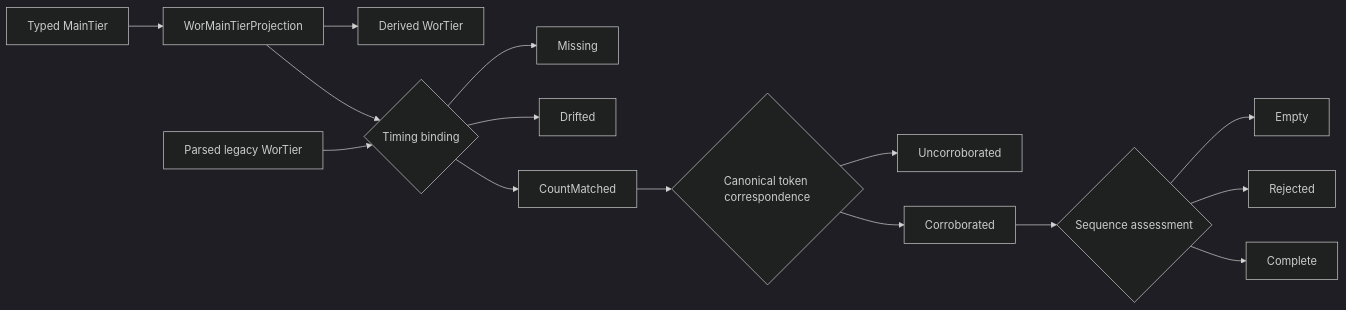
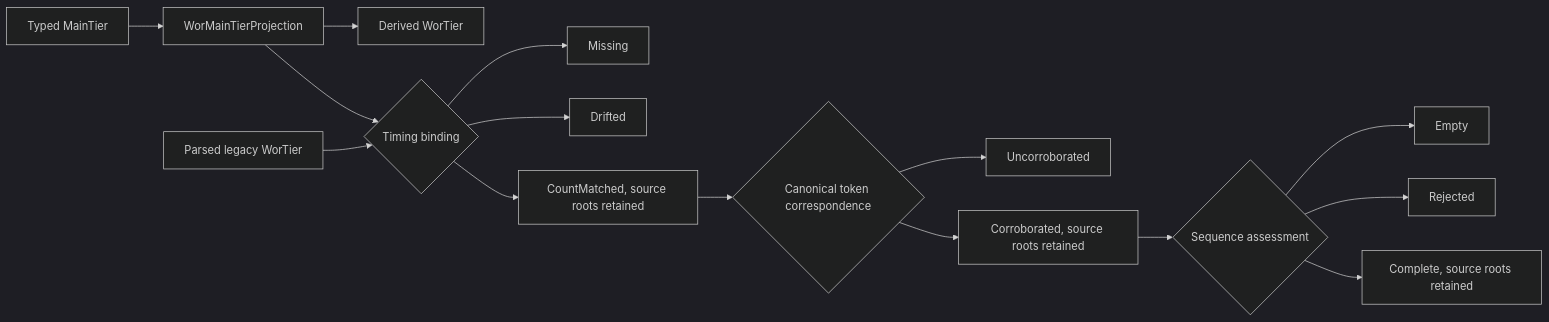
The second of 2 diagrams in book/src/architecture/wor-timing.md (TalkBank/chatter), drawn with Mermaid (dark theme) before and after one commit. The commit also changed other lines of this file and 1085 other files, not shown here.

````diff
--- a/book/src/architecture/wor-timing.md
+++ b/book/src/architecture/wor-timing.md
@@ -208,17 +228,17 @@
 ```mermaid
 flowchart LR
     Main[Typed MainTier] --> Projection[WorMainTierProjection]
     Projection --> Generated[Derived WorTier]
     Projection --> Binding{Timing binding}
     Parsed[Parsed legacy WorTier] --> Binding
     Binding --> Missing
     Binding --> Drifted
-    Binding --> CountMatched
+    Binding --> CountMatched[CountMatched, source roots retained]
     CountMatched --> Correspondence{Canonical token correspondence}
     Correspondence --> Uncorroborated
-    Correspondence --> Corroborated
+    Correspondence --> Corroborated[Corroborated, source roots retained]
     Corroborated --> Sequence{Sequence assessment}
     Sequence --> Empty
     Sequence --> Rejected
-    Sequence --> Complete
+    Sequence --> Complete[Complete, source roots retained]
 ```
````
